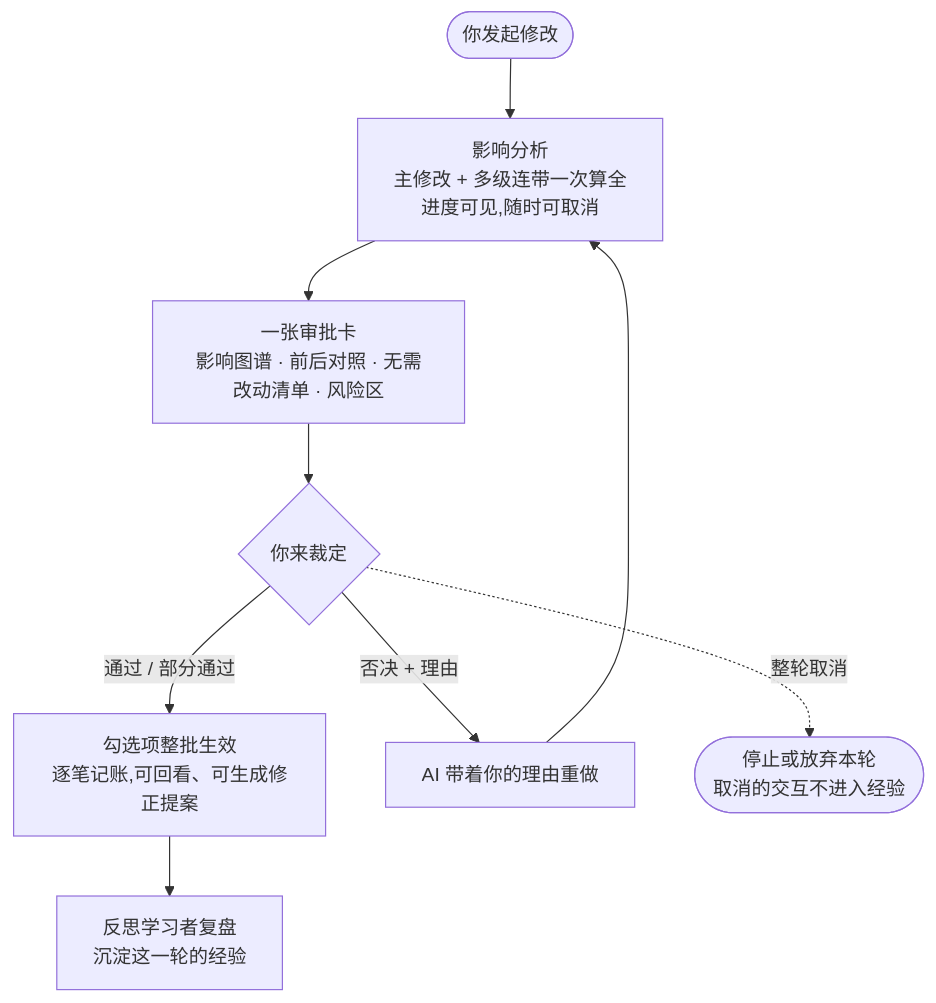
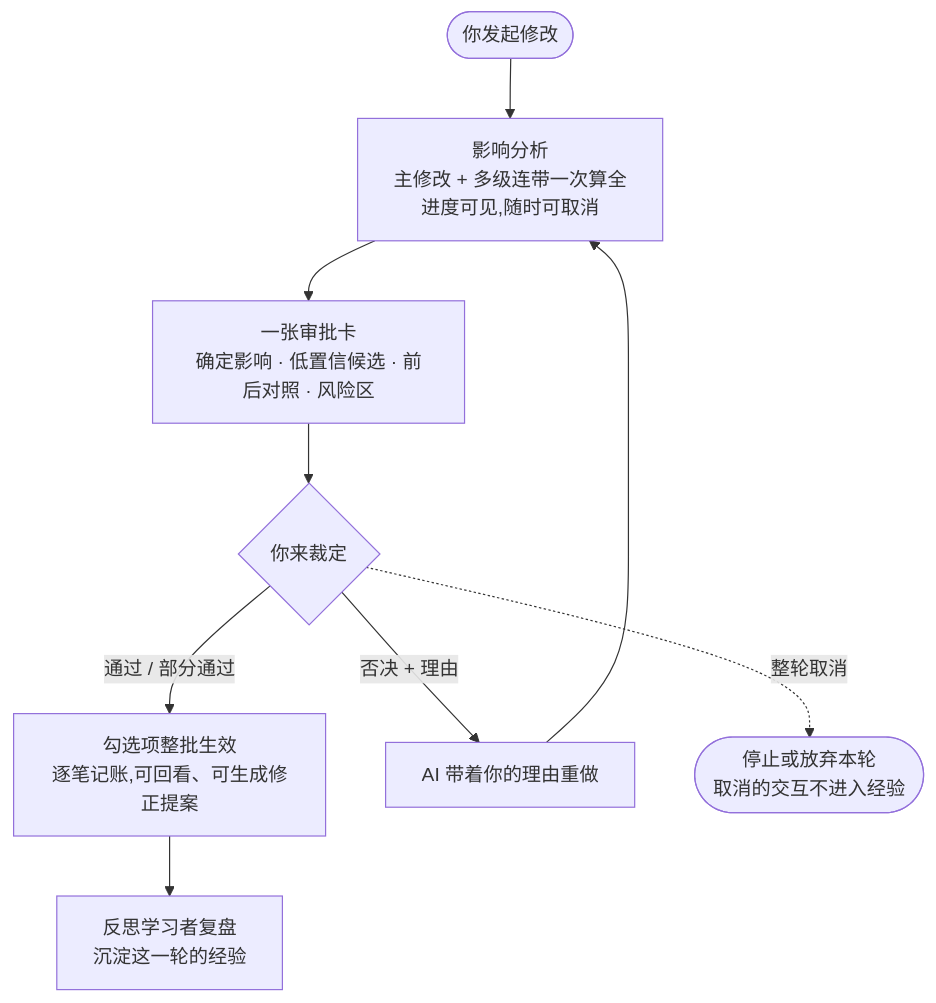
Before and after one commit to jinhuang712/open-novel: the diagram in plan/08-approval-and-cascade.md, drawn with Mermaid. The commit also changed other lines of this file and 79 other files, not shown here.

````diff
--- a/plan/08-approval-and-cascade.md
+++ b/plan/08-approval-and-cascade.md
@@ -99,11 +99,11 @@
 ```mermaid
 flowchart TD
   A([你发起修改]) --> B["影响分析<br/>主修改 + 多级连带一次算全<br/>进度可见,随时可取消"]
-  B --> C["一张审批卡<br/>影响图谱 · 前后对照 · 无需改动清单 · 风险区"]
+  B --> C["一张审批卡<br/>确定影响 · 低置信候选 · 前后对照 · 风险区"]
   C --> D{你来裁定}
   D -->|通过 / 部分通过| E["勾选项整批生效<br/>逐笔记账,可回看、可生成修正提案"]
   D -->|否决 + 理由| R[AI 带着你的理由重做]
   R --> B
   D -.->|整轮取消| X(["停止或放弃本轮<br/>取消的交互不进入经验"])
   E --> F["反思学习者复盘<br/>沉淀这一轮的经验"]
 ```
````
